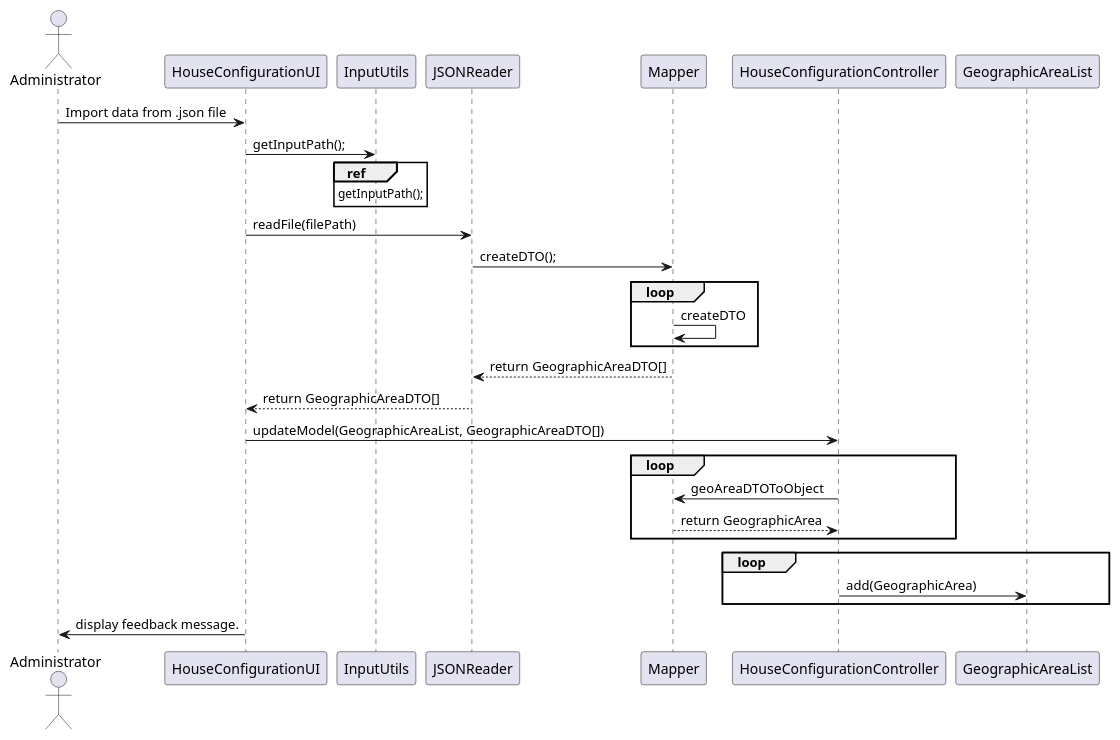
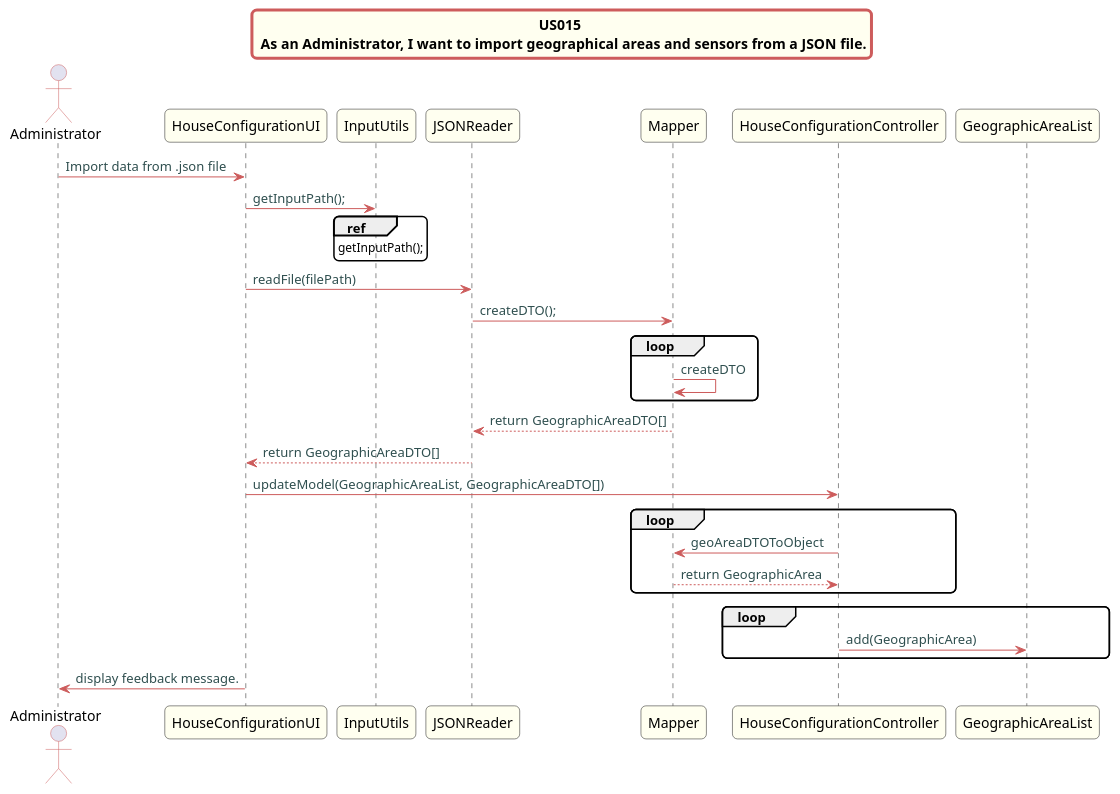
One commit to Almadanmp/project changed the diagram in src/doc/Controllers/HouseConfiguration/US15/US15_sd_HouseConfiguration.puml. Above: the diagram before and after it, drawn with PlantUML. The commit also changed 12 other files, not shown here.

First line of the commit message:
ref #169 UML format update + readinglist and sensor tests added

```diff
--- a/src/doc/Controllers/HouseConfiguration/US15/US15_sd_HouseConfiguration.puml
+++ b/src/doc/Controllers/HouseConfiguration/US15/US15_sd_HouseConfiguration.puml
@@ -1,24 +1,50 @@
 @startuml
+title US015 \n As an Administrator, I want to import geographical areas and sensors from a JSON file.
+skinparam titleBorderRoundCorner 10
+skinparam titleBorderThickness 3
+skinparam titleBorderColor indianred
+skinparam titleBackgroundColor ivory
+skinparam FontName quicksand
+
+skinparam actor {
+  BorderColor indianred
+  }
+
+skinparam sequence {
+  LifeLineBackgroundColor indianred
+  ParticipantBackgroundColor ivory
+}
+
+skinparam roundcorner 10
+
+skinparam component {
+  arrowThickness 1
+  ArrowFontName Verdana
+  ArrowColor indianred
+  ArrowFontColor darkslategrey
+}
+
+
 actor Administrator
 Administrator -> HouseConfigurationUI: Import data from .json file
 HouseConfigurationUI -> InputUtils: getInputPath();
 ref over InputUtils
 getInputPath();
 end ref
 HouseConfigurationUI -> JSONReader: readFile(filePath)
 JSONReader -> Mapper: createDTO();
 loop
 Mapper -> Mapper: createDTO
 end loop
 Mapper --> JSONReader: return GeographicAreaDTO[]
 JSONReader --> HouseConfigurationUI: return GeographicAreaDTO[]
 HouseConfigurationUI -> HouseConfigurationController: updateModel(GeographicAreaList, GeographicAreaDTO[])
 loop
 HouseConfigurationController -> Mapper: geoAreaDTOToObject
 Mapper --> HouseConfigurationController: return GeographicArea
 end loop
 loop
 HouseConfigurationController -> GeographicAreaList: add(GeographicArea)
 end loop
 HouseConfigurationUI -> Administrator: display feedback message.
 @enduml
```
